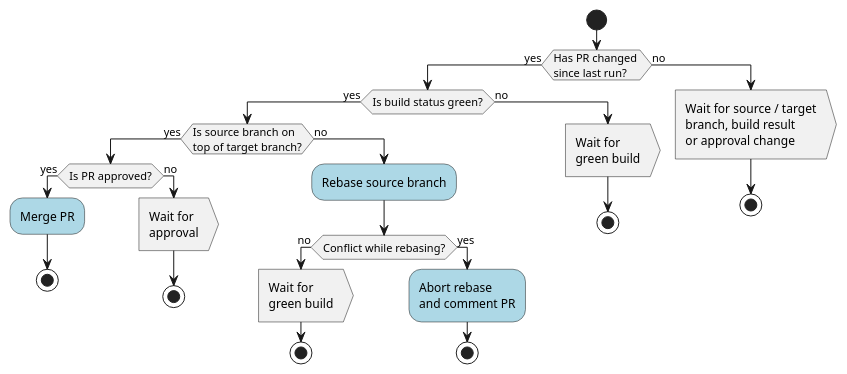
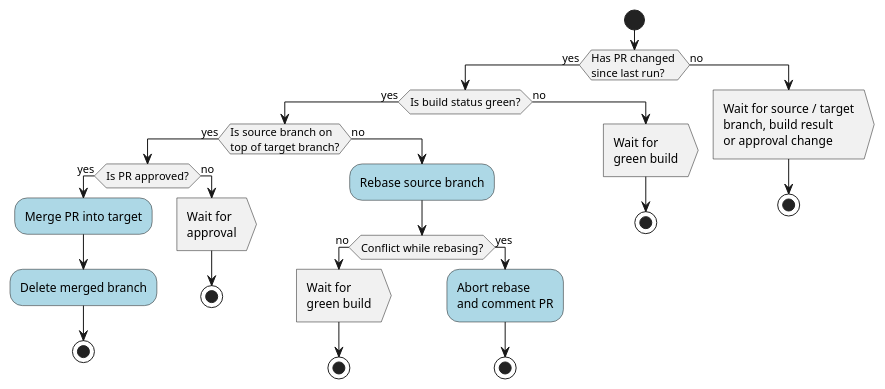
The diagram in src/doc/rebazer-flowchart.pu (retest/rebazer), drawn with PlantUML before and after one commit. The commit also changed 1 other file, not shown here.

Commit message:
Document Delete merged branch in flowchart

```diff
--- a/src/doc/rebazer-flowchart.pu
+++ b/src/doc/rebazer-flowchart.pu
@@ -1,44 +1,45 @@
 @startuml
 start
 
 if (Has PR changed \nsince last run?) then (yes)
 
   if (Is build status green?) then (yes)
 
     if (Is source branch on\ntop of target branch?) then (yes)
       if (Is PR approved?) then (yes)
-        #lightblue:Merge PR;
+        #lightblue:Merge PR into target;
+        #lightblue:Delete merged branch;
         stop
       else (no)
         :Wait for
         approval>
         stop
       endif
 
     else(no)
       #lightblue:Rebase source branch;
       if (Conflict while rebasing?) then (no)
         :Wait for
         green build>
         stop
       else(yes)
         #lightblue:Abort rebase
         and comment PR;
         stop
       endif
     endif
 
   else(no)
     :Wait for
     green build>
     stop
   endif
 
 else(no)
   :Wait for source / target
   branch, build result
   or approval change>
   stop
 endif
 
 @enduml
```
